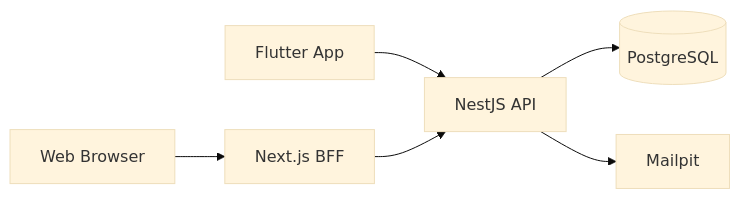
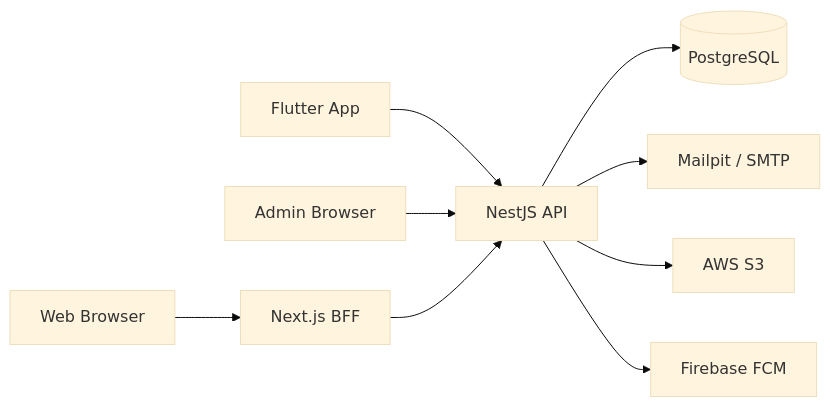
One commit to 2tsoftwareapp/super-template changed the first of 5 diagrams in docs/architecture.md. Above: the diagram before and after it, drawn with Mermaid (base theme). The commit also changed other lines of this file and 189 other files, not shown here.

````diff
--- a/docs/architecture.md
+++ b/docs/architecture.md
@@ -77,8 +77,11 @@
 ```mermaid
 flowchart LR
   UserWeb[Web Browser] --> Next[Next.js BFF]
   UserMobile[Flutter App] --> API[NestJS API]
+  AdminBrowser[Admin Browser] --> API
   Next --> API
   API --> DB[(PostgreSQL)]
-  API --> Mailpit[Mailpit]
+  API --> Mailpit[Mailpit / SMTP]
+  API --> S3[AWS S3]
+  API --> FCM[Firebase FCM]
 ```
````
